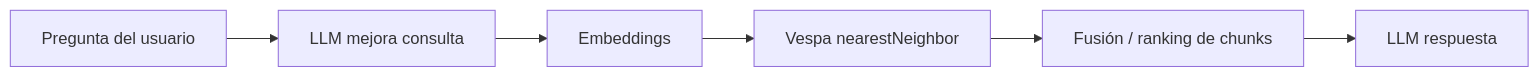
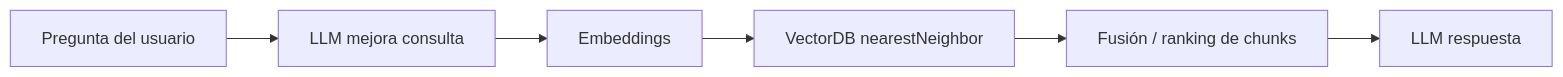
One commit to 13g4d0/docu-es changed the first of 3 diagrams in docs/as-built/identiarag-software.md. Above: the diagram before and after it, drawn with Mermaid. The commit also changed other lines of this file and 15 other files, not shown here.

````diff
--- a/docs/as-built/identiarag-software.md
+++ b/docs/as-built/identiarag-software.md
@@ -11,15 +11,15 @@
 ```mermaid
 flowchart LR
   Q[Pregunta del usuario]
   QE[LLM mejora consulta]
   E[Embeddings]
-  V[Vespa nearestNeighbor]
+  V[VectorDB nearestNeighbor]
   F[Fusión / ranking de chunks]
   A[LLM respuesta]
 
   Q --> QE
   QE --> E
   E --> V
   V --> F
   F --> A
 ```
````
